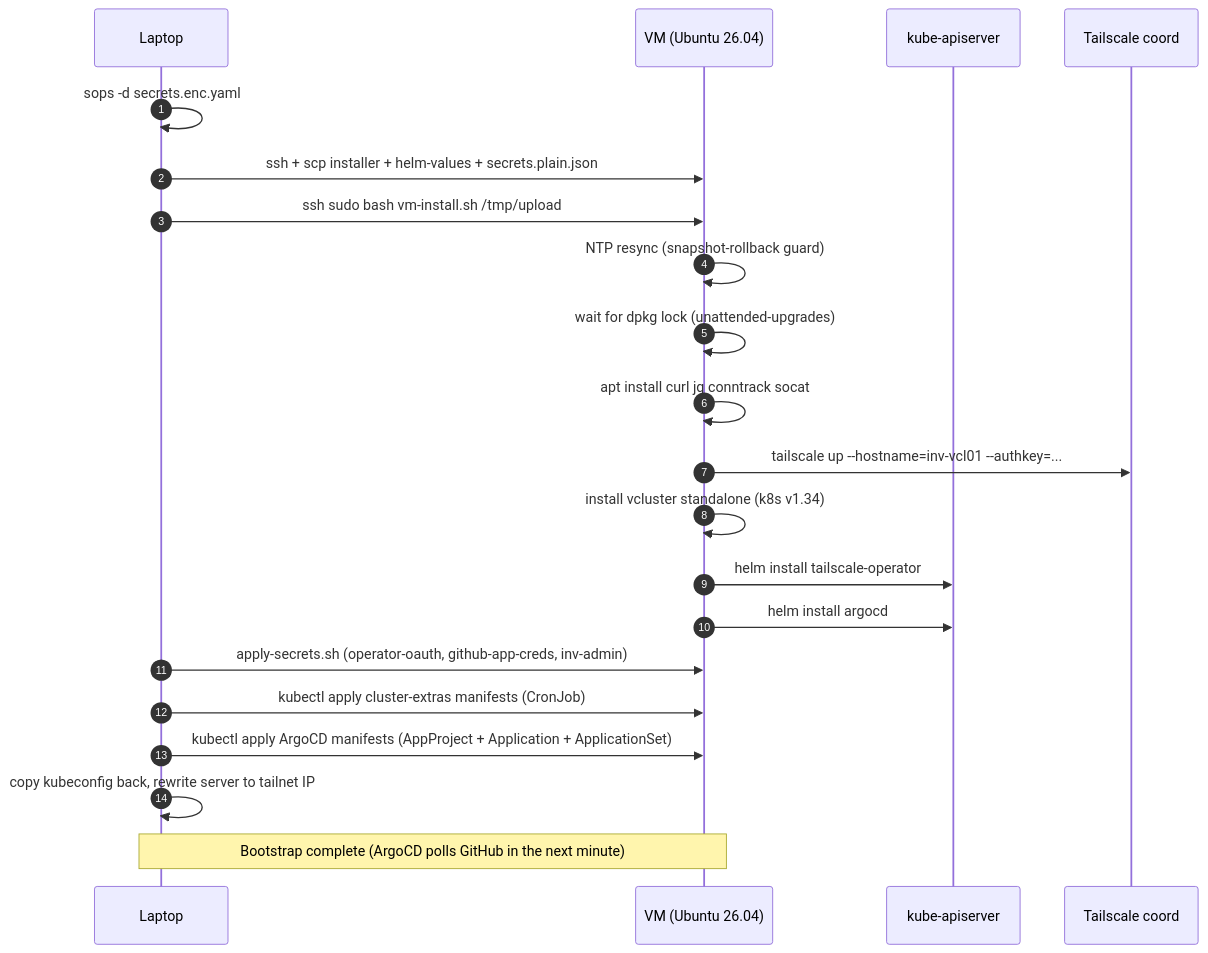
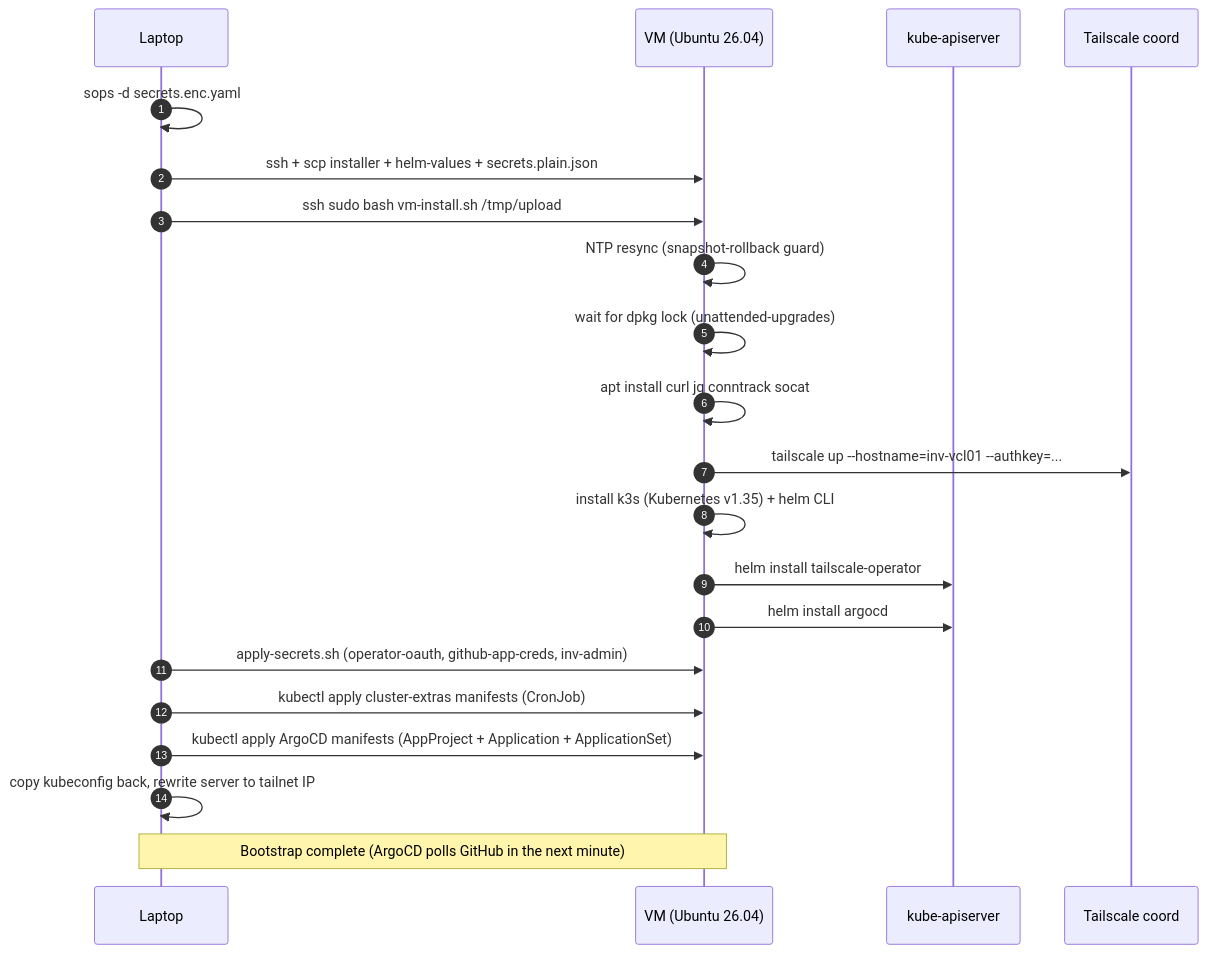
Before and after one commit to denisvmedia/inventario: the third of 6 diagrams in devdocs/infra/dev/README.md, drawn with Mermaid. The commit also changed other lines of this file and 13 other files, not shown here.

First line of the commit message:
feat(infra): run the preview VM on k3s instead of vcluster standalone (#2921)

````diff
--- a/devdocs/infra/dev/README.md
+++ b/devdocs/infra/dev/README.md
@@ -170,24 +170,24 @@
 ```mermaid
 sequenceDiagram
     autonumber
     participant L as Laptop
     participant V as VM (Ubuntu 26.04)
     participant K as kube-apiserver
     participant T as Tailscale coord
 
     L->>L: sops -d secrets.enc.yaml
     L->>V: ssh + scp installer + helm-values + secrets.plain.json
     L->>V: ssh sudo bash vm-install.sh /tmp/upload
     V->>V: NTP resync (snapshot-rollback guard)
     V->>V: wait for dpkg lock (unattended-upgrades)
     V->>V: apt install curl jq conntrack socat
     V->>T: tailscale up --hostname=inv-vcl01 --authkey=...
-    V->>V: install vcluster standalone (k8s v1.34)
+    V->>V: install k3s (Kubernetes v1.35) + helm CLI
     V->>K: helm install tailscale-operator
     V->>K: helm install argocd
     L->>V: apply-secrets.sh (operator-oauth, github-app-creds, inv-admin)
     L->>V: kubectl apply cluster-extras manifests (CronJob)
     L->>V: kubectl apply ArgoCD manifests (AppProject + Application + ApplicationSet)
     L->>L: copy kubeconfig back, rewrite server to tailnet IP
     Note over L,V: Bootstrap complete (ArgoCD polls GitHub in the next minute)
 ```
````
